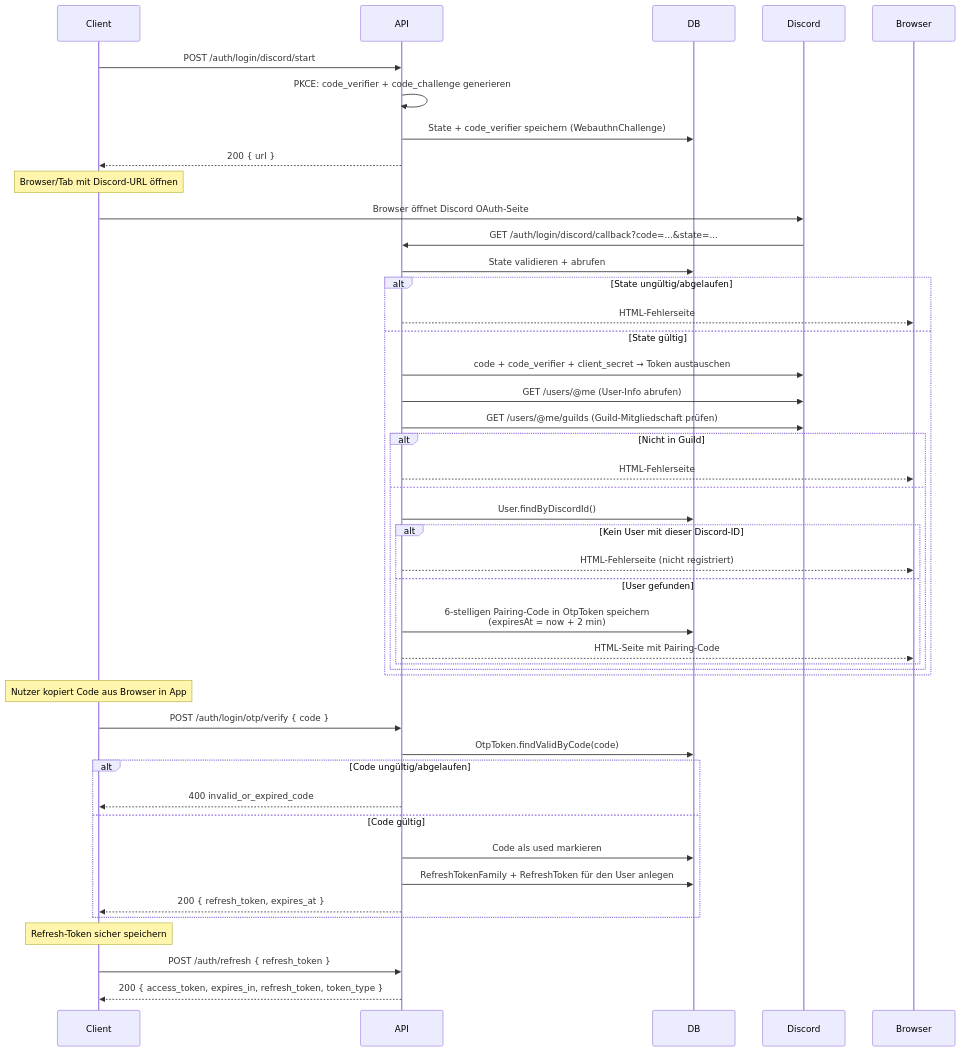
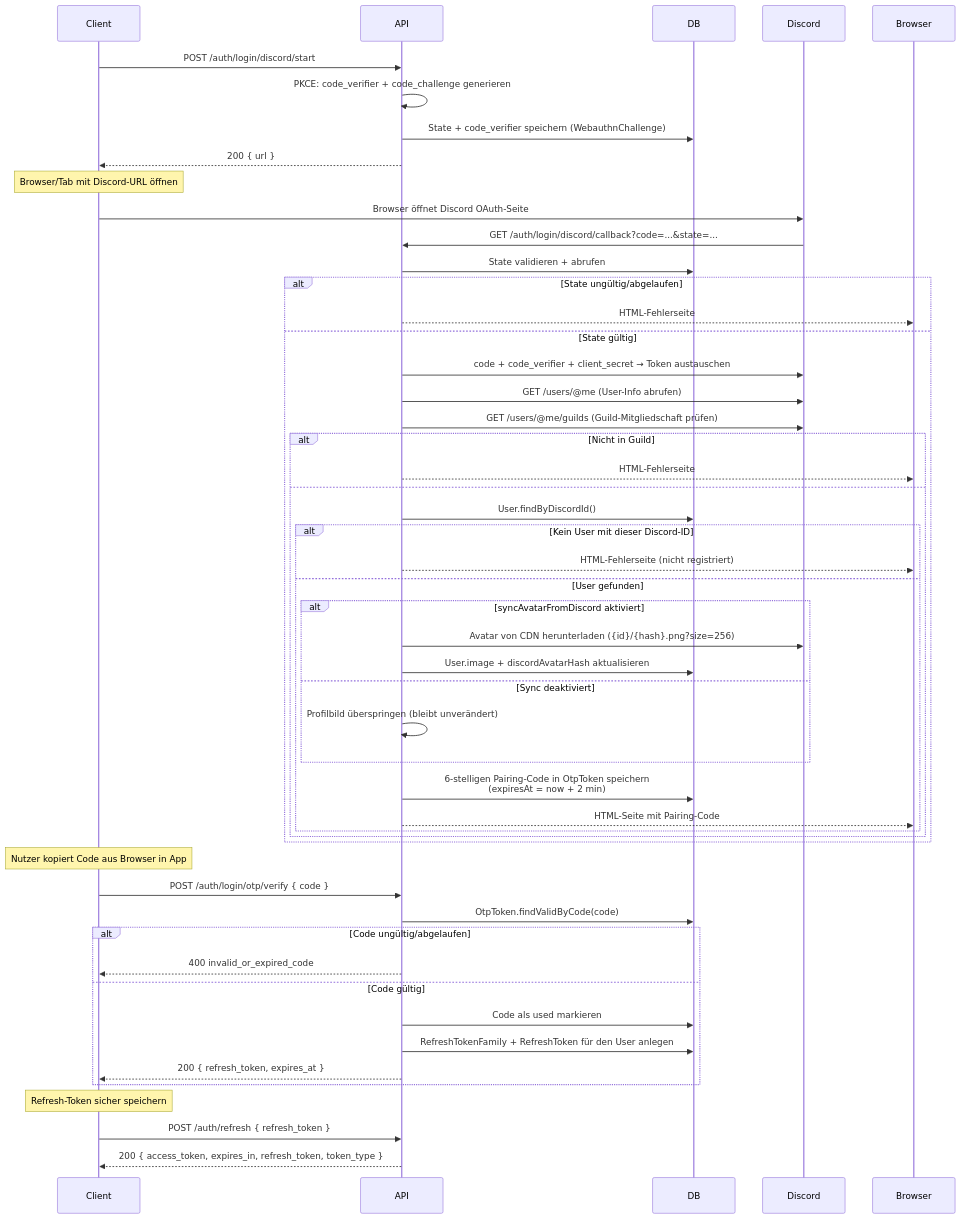
One commit to RntMarc/SinclearAPI changed the second of 3 diagrams in docs/auth/login.md. Above: the diagram before and after it, drawn with Mermaid. The commit also changed other lines of this file and 19 other files, not shown here.

````diff
--- a/docs/auth/login.md
+++ b/docs/auth/login.md
@@ -78,53 +78,59 @@
 ```mermaid
 sequenceDiagram
     participant Client
     participant API
     participant DB
     participant Discord
 
     Client->>API: POST /auth/login/discord/start
     API->>API: PKCE: code_verifier + code_challenge generieren
     API->>DB: State + code_verifier speichern (WebauthnChallenge)
     API-->>Client: 200 { url }
 
     Note over Client: Browser/Tab mit Discord-URL öffnen
 
     Client->>Discord: Browser öffnet Discord OAuth-Seite
     Discord->>API: GET /auth/login/discord/callback?code=...&state=...
     API->>DB: State validieren + abrufen
     alt State ungültig/abgelaufen
         API-->>Browser: HTML-Fehlerseite
     else State gültig
         API->>Discord: code + code_verifier + client_secret → Token austauschen
         API->>Discord: GET /users/@me (User-Info abrufen)
         API->>Discord: GET /users/@me/guilds (Guild-Mitgliedschaft prüfen)
         alt Nicht in Guild
             API-->>Browser: HTML-Fehlerseite
         else
             API->>DB: User.findByDiscordId()
             alt Kein User mit dieser Discord-ID
                 API-->>Browser: HTML-Fehlerseite (nicht registriert)
             else User gefunden
+                alt syncAvatarFromDiscord aktiviert
+                    API->>Discord: Avatar von CDN herunterladen ({id}/{hash}.png?size=256)
+                    API->>DB: User.image + discordAvatarHash aktualisieren
+                else Sync deaktiviert
+                    API->>API: Profilbild überspringen (bleibt unverändert)
+                end
                 API->>DB: 6-stelligen Pairing-Code in OtpToken speichern<br/>(expiresAt = now + 2 min)
                 API-->>Browser: HTML-Seite mit Pairing-Code
             end
         end
     end
 
     Note over Client: Nutzer kopiert Code aus Browser in App
 
     Client->>API: POST /auth/login/otp/verify { code }
     API->>DB: OtpToken.findValidByCode(code)
     alt Code ungültig/abgelaufen
         API-->>Client: 400 invalid_or_expired_code
     else Code gültig
         API->>DB: Code als used markieren
         API->>DB: RefreshTokenFamily + RefreshToken für den User anlegen
         API-->>Client: 200 { refresh_token, expires_at }
     end
 
     Note over Client: Refresh-Token sicher speichern
 
     Client->>API: POST /auth/refresh { refresh_token }
     API-->>Client: 200 { access_token, expires_in, refresh_token, token_type }
 ```
````
